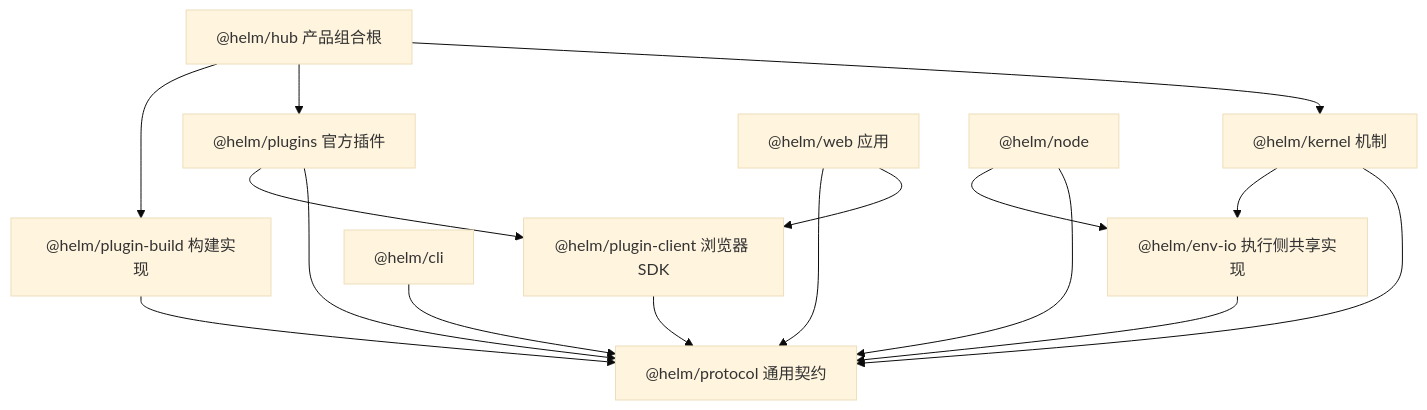
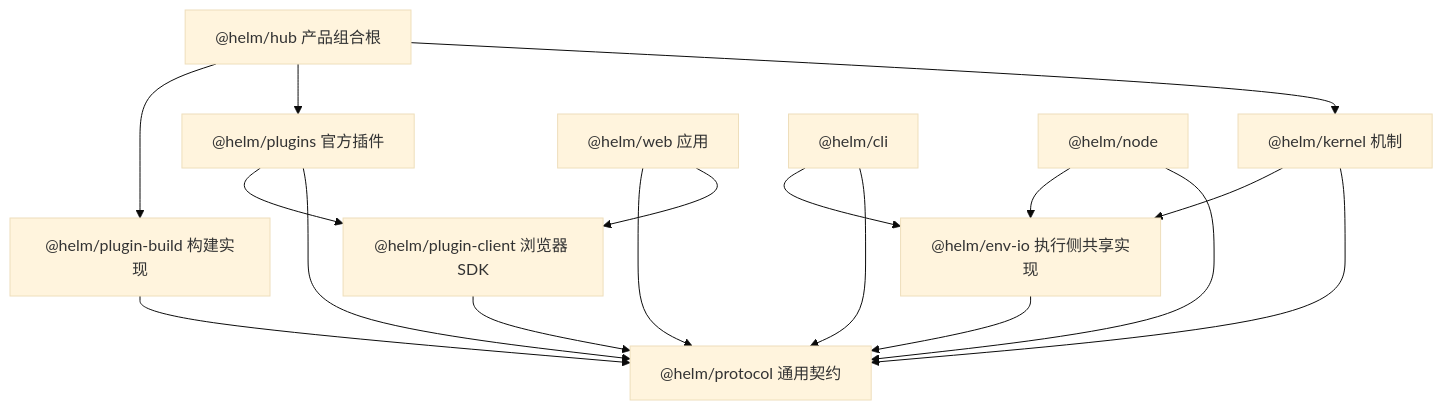
The second of 3 diagrams in docs/architecture/overview.md (team4u/helm), drawn with Mermaid (base theme) before and after one commit. The commit also changed other lines of this file and 1 other file, not shown here.

````diff
--- a/docs/architecture/overview.md
+++ b/docs/architecture/overview.md
@@ -72,18 +72,19 @@
 ```mermaid
 flowchart TD
     Hub["@helm/hub 产品组合根"] --> Kernel["@helm/kernel 机制"]
     Hub --> Plugins["@helm/plugins 官方插件"]
     Hub --> Build["@helm/plugin-build 构建实现"]
     Kernel --> Protocol["@helm/protocol 通用契约"]
     Plugins --> Protocol
     Plugins --> Client["@helm/plugin-client 浏览器 SDK"]
     Build --> Protocol
     Client --> Protocol
     Web["@helm/web 应用"] --> Client
     Web --> Protocol
     Cli["@helm/cli"] --> Protocol
     Node["@helm/node"] --> Protocol
     Kernel --> EnvIo["@helm/env-io 执行侧共享实现"]
+    Cli --> EnvIo
     Node --> EnvIo
     EnvIo --> Protocol
 ```
````
